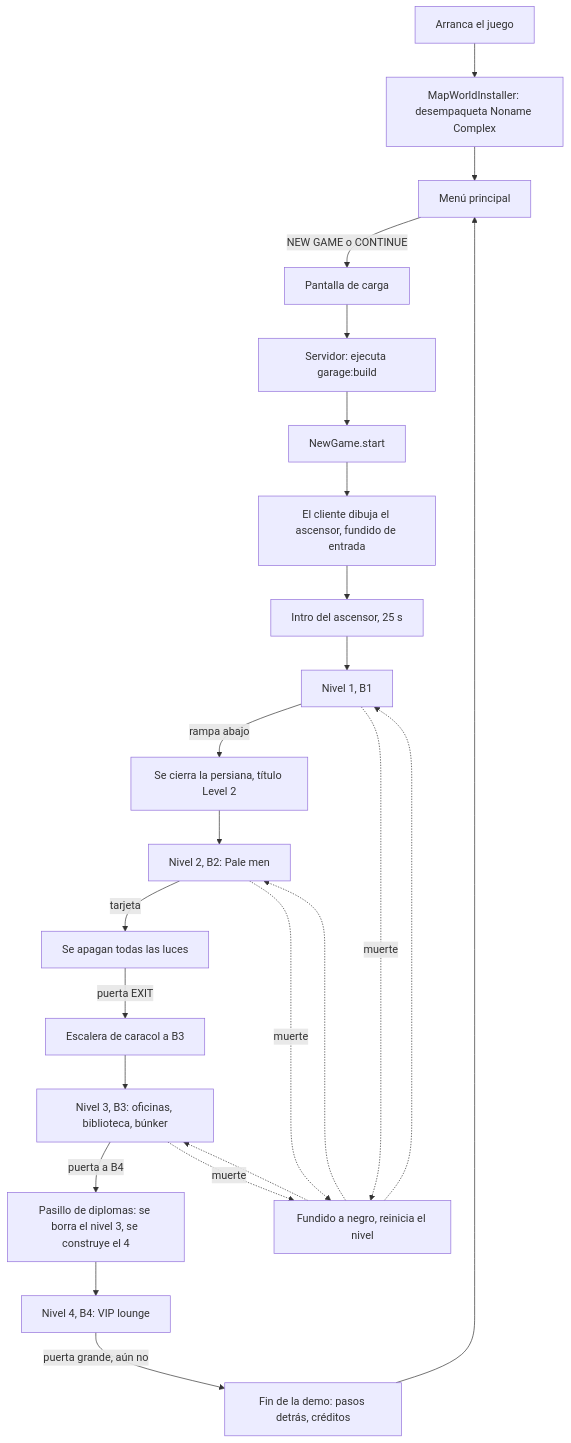
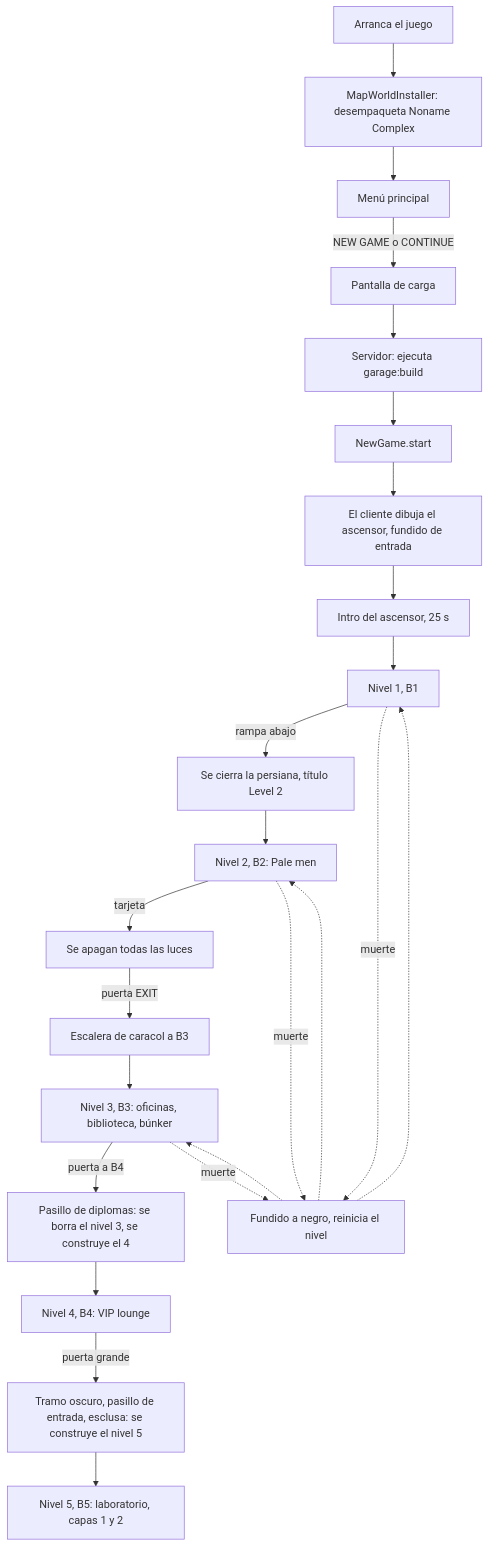
Before and after one commit to Daio7771/EveryTunnelMod: the diagram in docs/es/game-flow.md, drawn with Mermaid. The commit also changed other lines of this file and 54 other files, not shown here.

````diff
--- a/docs/es/game-flow.md
+++ b/docs/es/game-flow.md
@@ -8,26 +8,26 @@
 ```mermaid
 flowchart TD
     A[Arranca el juego] --> B[MapWorldInstaller: desempaqueta Noname Complex]
     B --> C[Menú principal]
     C -->|NEW GAME o CONTINUE| D[Pantalla de carga]
     D --> E[Servidor: ejecuta garage:build]
     E --> F[NewGame.start]
     F --> G[El cliente dibuja el ascensor, fundido de entrada]
     G --> H[Intro del ascensor, 25 s]
     H --> I[Nivel 1, B1]
     I -->|rampa abajo| J[Se cierra la persiana, título Level 2]
     J --> K[Nivel 2, B2: Pale men]
     K -->|tarjeta| L[Se apagan todas las luces]
     L -->|puerta EXIT| M[Escalera de caracol a B3]
     M --> P[Nivel 3, B3: oficinas, biblioteca, búnker]
     P -->|puerta a B4| Q[Pasillo de diplomas: se borra el nivel 3, se construye el 4]
     Q --> R[Nivel 4, B4: VIP lounge]
-    R -->|puerta grande, aún no| N[Fin de la demo: pasos detrás, créditos]
-    N --> C
+    R -->|puerta grande| S[Tramo oscuro, pasillo de entrada, esclusa: se construye el nivel 5]
+    S --> T[Nivel 5, B5: laboratorio, capas 1 y 2]
     I -.->|muerte| O[Fundido a negro, reinicia el nivel]
     K -.->|muerte| O
     P -.->|muerte| O
     O -.-> I
     O -.-> K
     O -.-> P
 ```
````
